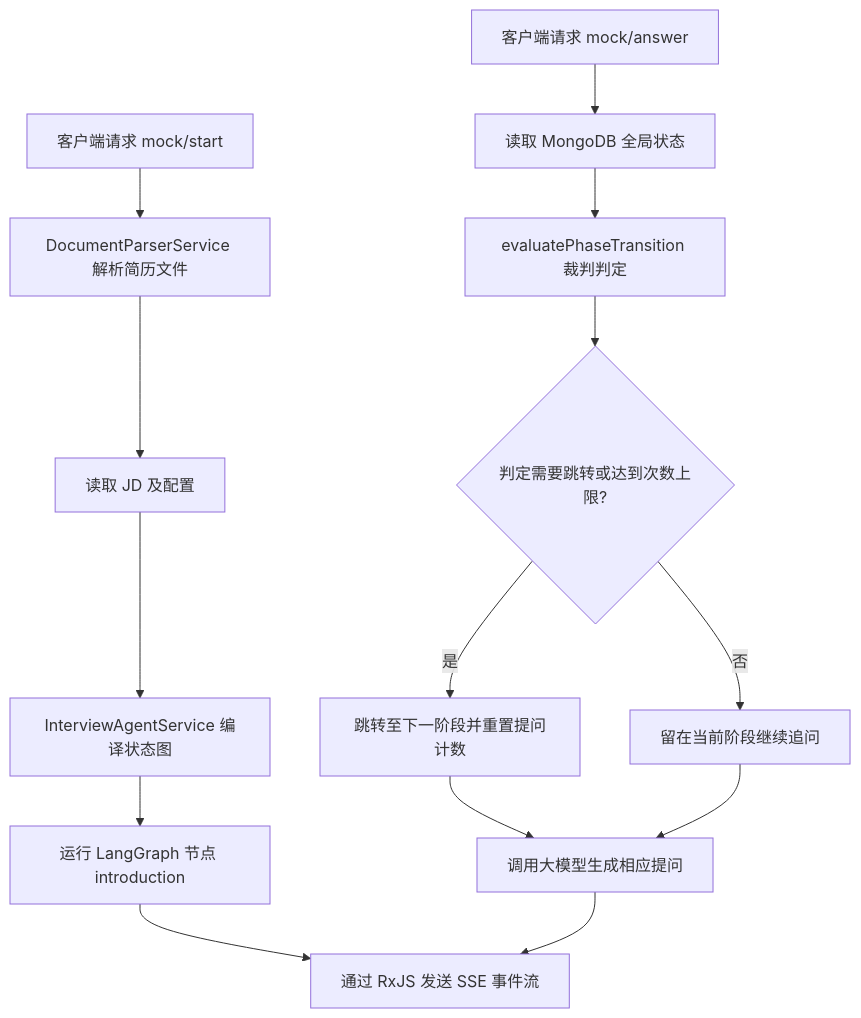
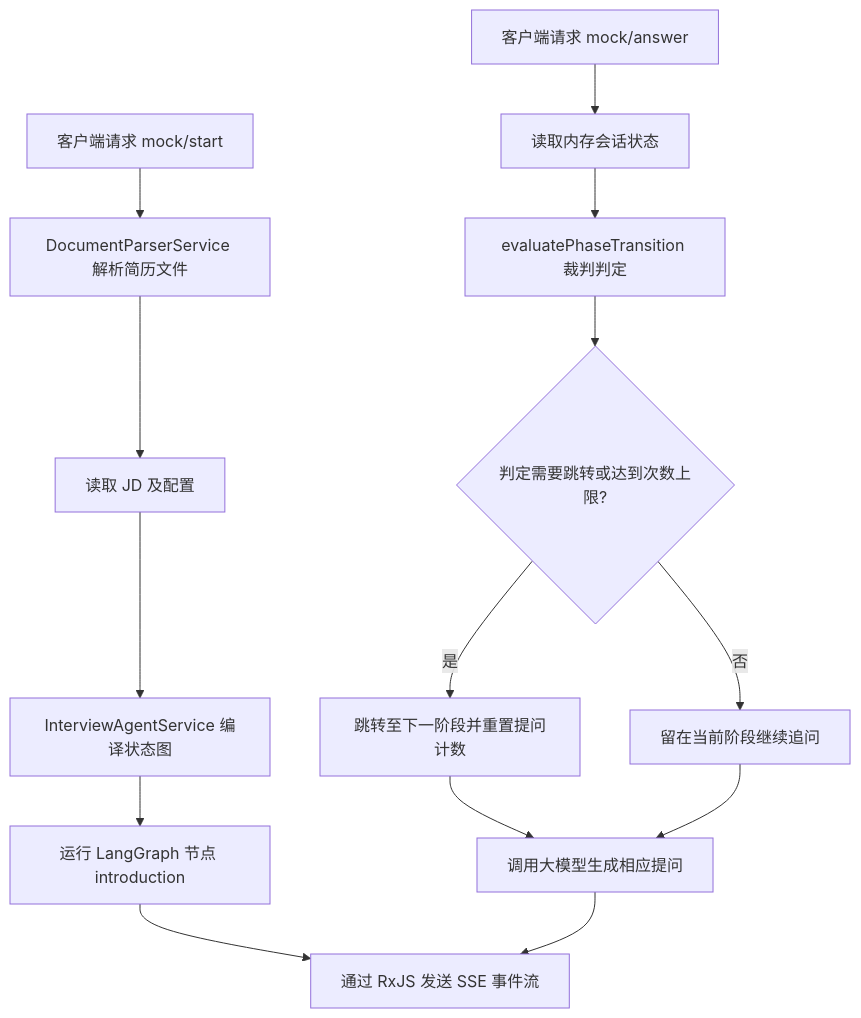
The diagram in apps/server/src/interview/Agent.md (KlayPeter/man-shi-mai), drawn with Mermaid before and after one commit. The commit also changed other lines of this file and 53 other files, not shown here.

````diff
--- a/apps/server/src/interview/Agent.md
+++ b/apps/server/src/interview/Agent.md
@@ -13,17 +13,17 @@
 ```mermaid
 graph TD
     Client[客户端请求 mock/start] --> ParseResume[DocumentParserService 解析简历文件]
     ParseResume --> LoadJD[读取 JD 及配置]
     LoadJD --> CompileGraph[InterviewAgentService 编译状态图]
     CompileGraph --> RunGraph[运行 LangGraph 节点 introduction]
     RunGraph --> SSE[通过 RxJS 发送 SSE 事件流]
     
-    Client2[客户端请求 mock/answer] --> LoadState[读取 MongoDB 全局状态]
+    Client2[客户端请求 mock/answer] --> LoadState[读取内存会话状态]
     LoadState --> RouteJudge[evaluatePhaseTransition 裁判判定]
     RouteJudge --> ReachedLimit{判定需要跳转或达到次数上限?}
     ReachedLimit -- 是 --> StateMove[跳转至下一阶段并重置提问计数]
     ReachedLimit -- 否 --> StateStay[留在当前阶段继续追问]
     StateMove --> RunLLM[调用大模型生成相应提问]
     StateStay --> RunLLM
     RunLLM --> SSE
 ```
````
